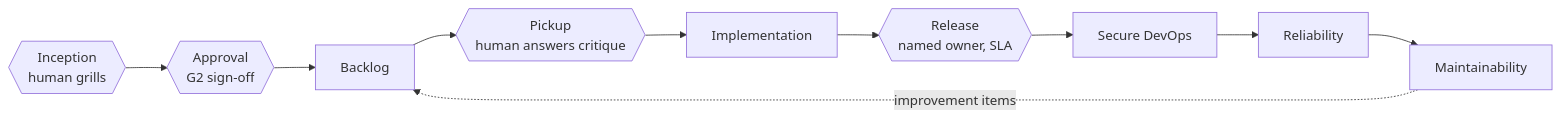
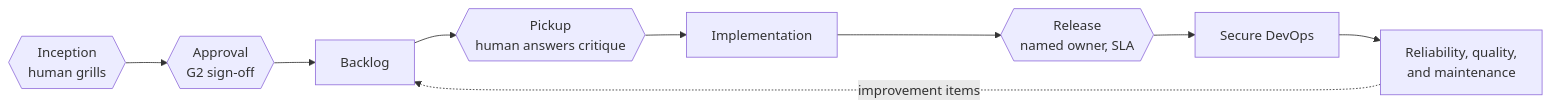
The diagram in wiki/Architecture-Role-Journey.md (rahulnakmol/skills), drawn with Mermaid before and after one commit. The commit also changed other lines of this file and 123 other files, not shown here.

````diff
--- a/wiki/Architecture-Role-Journey.md
+++ b/wiki/Architecture-Role-Journey.md
@@ -5,12 +5,11 @@
 ```mermaid
 flowchart LR
   H1{{Inception<br/>human grills}} --> H2{{Approval<br/>G2 sign-off}}
   H2 --> B[Backlog]
   B --> H3{{Pickup<br/>human answers critique}}
   H3 --> D[Implementation]
   D --> H4{{Release<br/>named owner, SLA}}
   H4 --> S[Secure DevOps]
-  S --> R[Reliability]
-  R --> M[Maintainability]
-  M -. improvement items .-> B
+  S --> R[Reliability, quality,<br/>and maintenance]
+  R -. improvement items .-> B
 ```
````
